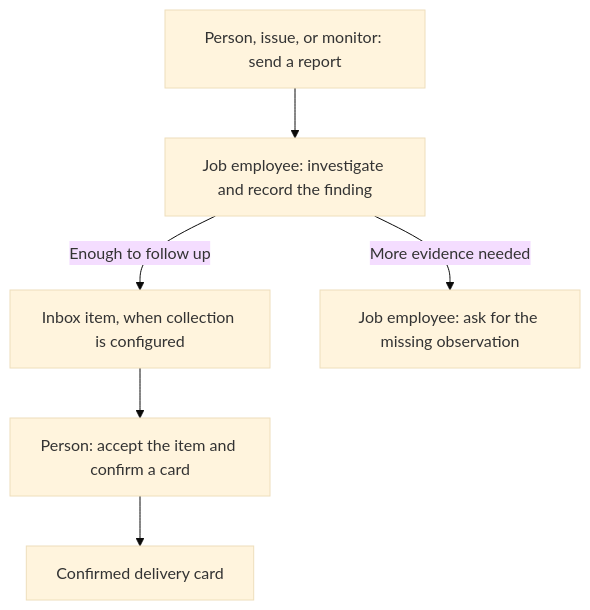
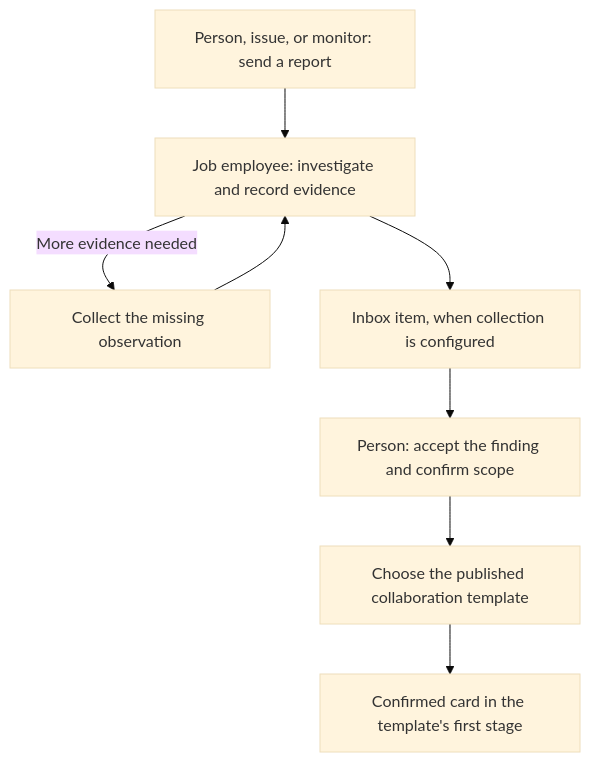
One commit to WeiJiLab/aiworkforce-docs changed the diagram in src/content/docs/software-factory/signal-to-card.mdx. Above: the diagram before and after it, drawn with Mermaid (base theme). The commit also changed other lines of this file and 12 other files, not shown here.

````diff
--- a/src/content/docs/software-factory/signal-to-card.mdx
+++ b/src/content/docs/software-factory/signal-to-card.mdx
@@ -18,10 +18,12 @@
 ```mermaid
 flowchart TD
-    feedback["Person, issue, or monitor: send a report"] --> triager["Job employee: investigate and record the finding"]
-    triager -->|Enough to follow up| inbox["Inbox item, when collection is configured"]
-    inbox --> request["Person: accept the item and confirm a card"]
-    request --> ticket["Confirmed delivery card"]
-    triager -->|More evidence needed| answer["Job employee: ask for the missing observation"]
-    class feedback,request human
-    class triager,answer agent
+    signal["Person, issue, or monitor: send a report"] --> investigate["Job employee: investigate and record evidence"]
+    investigate -->|More evidence needed| followup["Collect the missing observation"]
+    followup --> investigate
+    investigate --> inbox["Inbox item, when collection is configured"]
+    inbox --> confirm["Person: accept the finding and confirm scope"]
+    confirm --> template["Choose the published collaboration template"]
+    template --> card["Confirmed card in the template's first stage"]
+    class signal,confirm human
+    class investigate,followup,template agent
 ```
````
